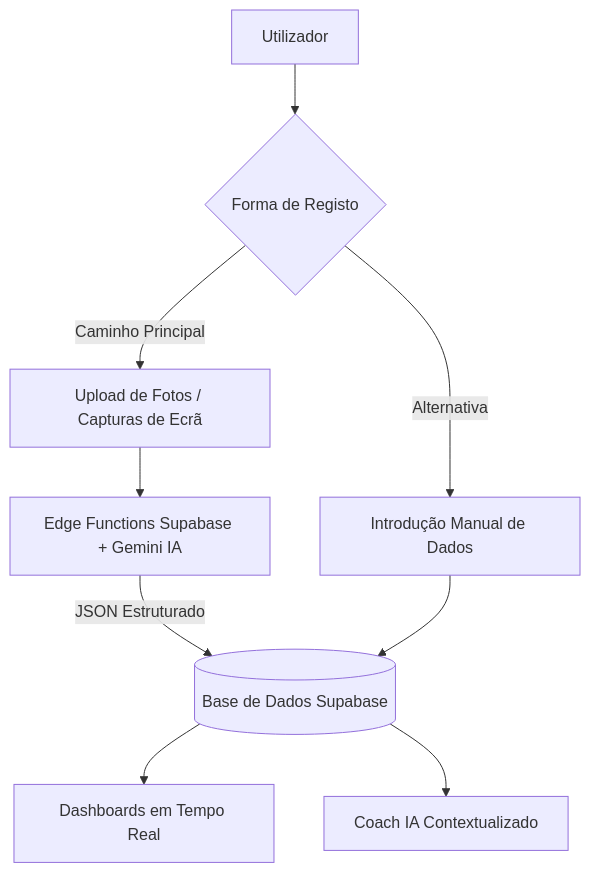
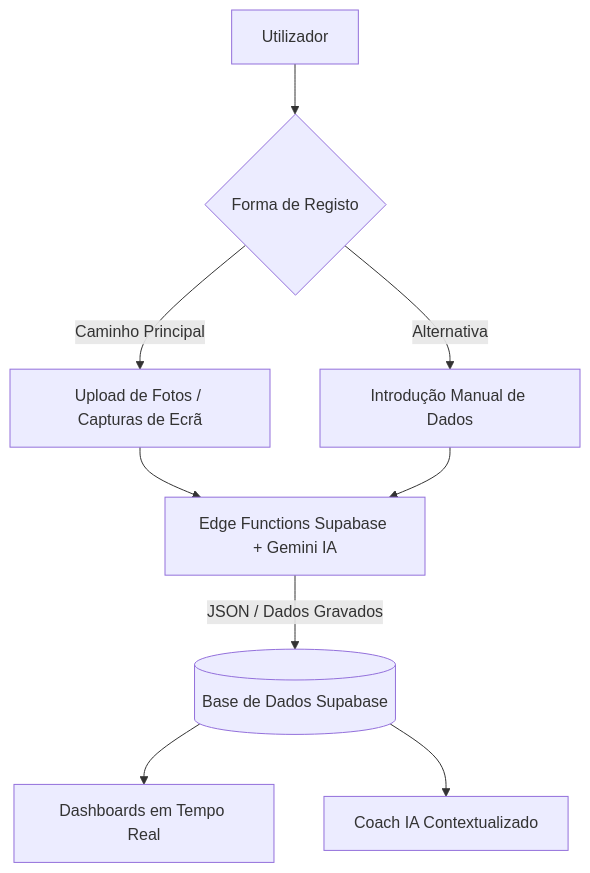
The first of 3 diagrams in MANUAL_UTILIZADOR.md (rpmariano/IronCoach), drawn with Mermaid before and after one commit. The commit also changed other lines of this file and 21 other files, not shown here.

Commit message:
docs and quality: add orchestrator architecture, 5 specialized agents, skills, pre-push hook, and sync documentation

````diff
--- a/MANUAL_UTILIZADOR.md
+++ b/MANUAL_UTILIZADOR.md
@@ -39,11 +39,11 @@
 ```mermaid
 flowchart TD
     A[Utilizador] --> B{Forma de Registo}
     B -->|Caminho Principal| C[Upload de Fotos / Capturas de Ecrã]
     B -->|Alternativa| D[Introdução Manual de Dados]
     C --> E[Edge Functions Supabase + Gemini IA]
-    E -->|JSON Estruturado| F[(Base de Dados Supabase)]
-    D --> F
+    D --> E
+    E -->|JSON / Dados Gravados| F[(Base de Dados Supabase)]
     F --> G[Dashboards em Tempo Real]
     F --> H[Coach IA Contextualizado]
 ```
````
